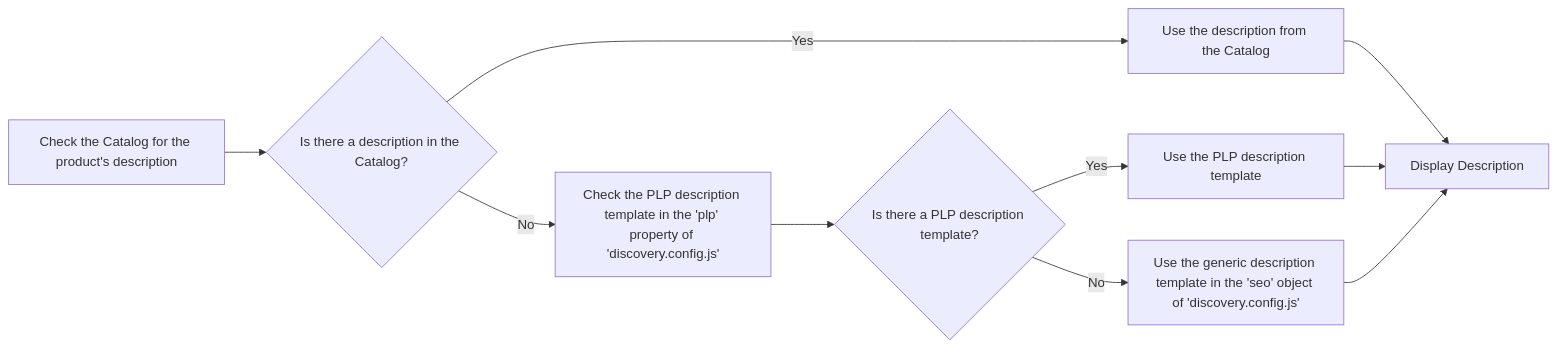
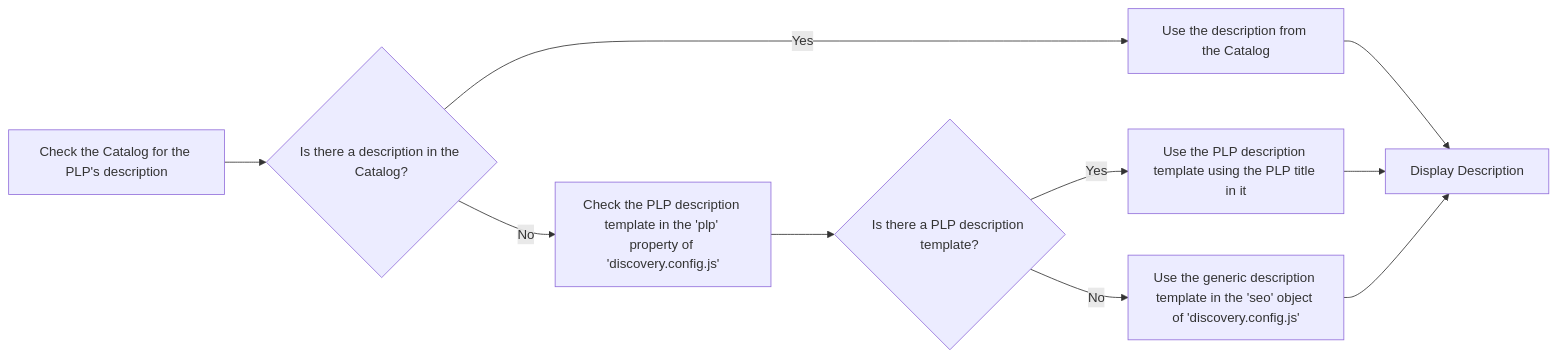
Before and after one commit to vtexdocs/dev-portal-content: the third of 3 diagrams in docs/faststore/docs/managing-performance/managing-lazy-loading-sections-on-plp.mdx, drawn with Mermaid. The commit also changed other lines of this file, not shown here.

````diff
--- a/docs/faststore/docs/managing-performance/managing-lazy-loading-sections-on-plp.mdx
+++ b/docs/faststore/docs/managing-performance/managing-lazy-loading-sections-on-plp.mdx
@@ -50,12 +50,12 @@
 ```mermaid
 graph LR
-A[Check the Catalog for the product's description] --> B{Is there a description in the Catalog?};
+A[Check the Catalog for the PLP's description] --> B{Is there a description in the Catalog?};
 B -- Yes --> C[Use the description from the Catalog];
 B -- No --> D[Check the PLP description template in the 'plp' property of 'discovery.config.js'];
 D --> E{Is there a PLP description template?};
-E -- Yes --> F[Use the PLP description template];
+E -- Yes --> F[Use the PLP description template using the PLP title in it];
 E -- No --> G[Use the generic description template in the 'seo' object of 'discovery.config.js'];
 C --> H[Display Description];
 F --> H;
 G --> H;
 ```
````
